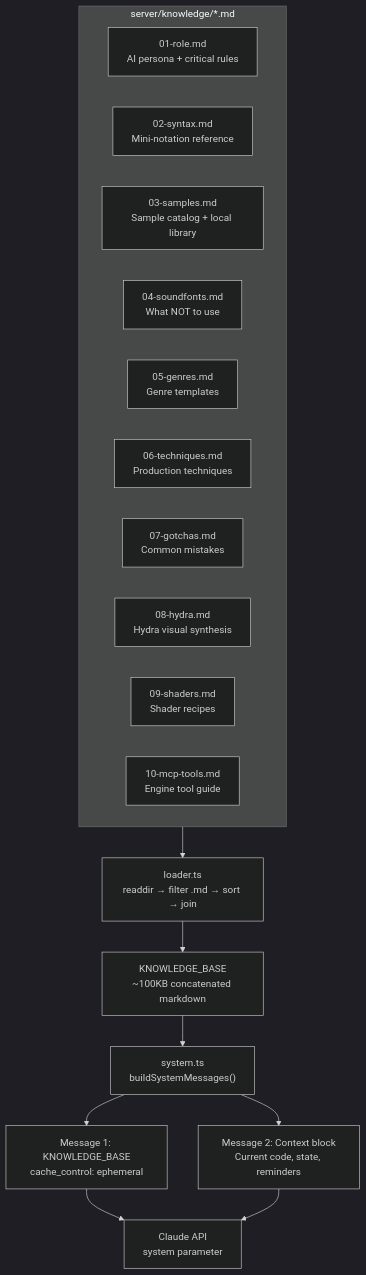
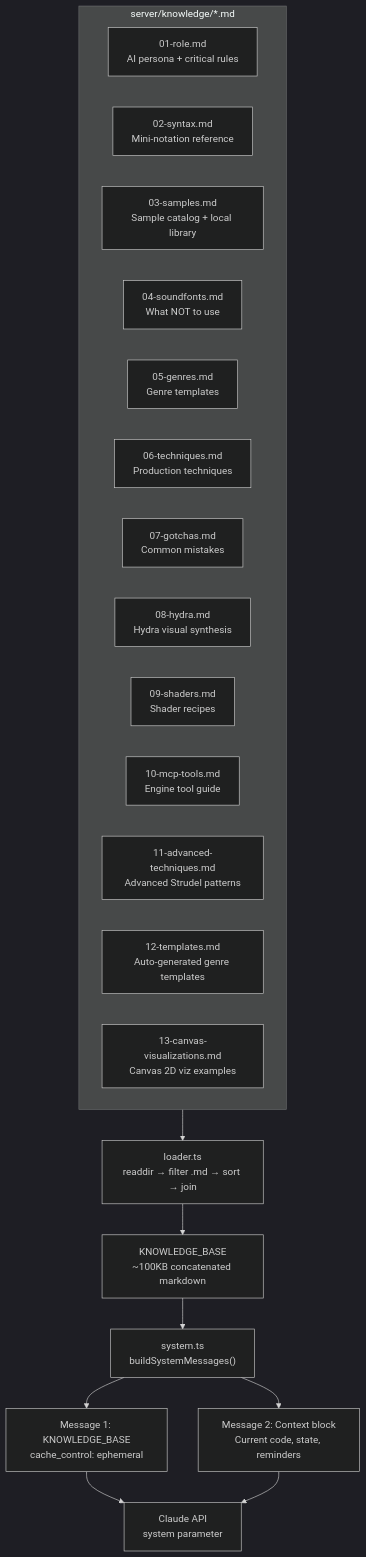
One commit to weathermachine/EuroHack changed diagram 17 of 21 in docs/how-it-works.md. Above: the diagram before and after it, drawn with Mermaid (dark theme). The commit also changed other lines of this file and 5 other files, not shown here.

````diff
--- a/docs/how-it-works.md
+++ b/docs/how-it-works.md
@@ -634,25 +639,28 @@
 ```mermaid
 flowchart TD
     subgraph Files ["server/knowledge/*.md"]
         F01["01-role.md<br/>AI persona + critical rules"]
         F02["02-syntax.md<br/>Mini-notation reference"]
         F03["03-samples.md<br/>Sample catalog + local library"]
         F04["04-soundfonts.md<br/>What NOT to use"]
         F05["05-genres.md<br/>Genre templates"]
         F06["06-techniques.md<br/>Production techniques"]
         F07["07-gotchas.md<br/>Common mistakes"]
         F08["08-hydra.md<br/>Hydra visual synthesis"]
         F09["09-shaders.md<br/>Shader recipes"]
         F10["10-mcp-tools.md<br/>Engine tool guide"]
+        F11["11-advanced-techniques.md<br/>Advanced Strudel patterns"]
+        F12["12-templates.md<br/>Auto-generated genre templates"]
+        F13["13-canvas-visualizations.md<br/>Canvas 2D viz examples"]
     end
 
     Files --> LOADER["loader.ts<br/>readdir → filter .md → sort → join"]
     LOADER --> KB["KNOWLEDGE_BASE<br/>~100KB concatenated markdown"]
 
     KB --> SYSTEM["system.ts<br/>buildSystemMessages()"]
     SYSTEM --> MSG1["Message 1: KNOWLEDGE_BASE<br/>cache_control: ephemeral"]
     SYSTEM --> MSG2["Message 2: Context block<br/>Current code, state, reminders"]
 
     MSG1 --> CLAUDE["Claude API<br/>system parameter"]
     MSG2 --> CLAUDE
 ```
````
